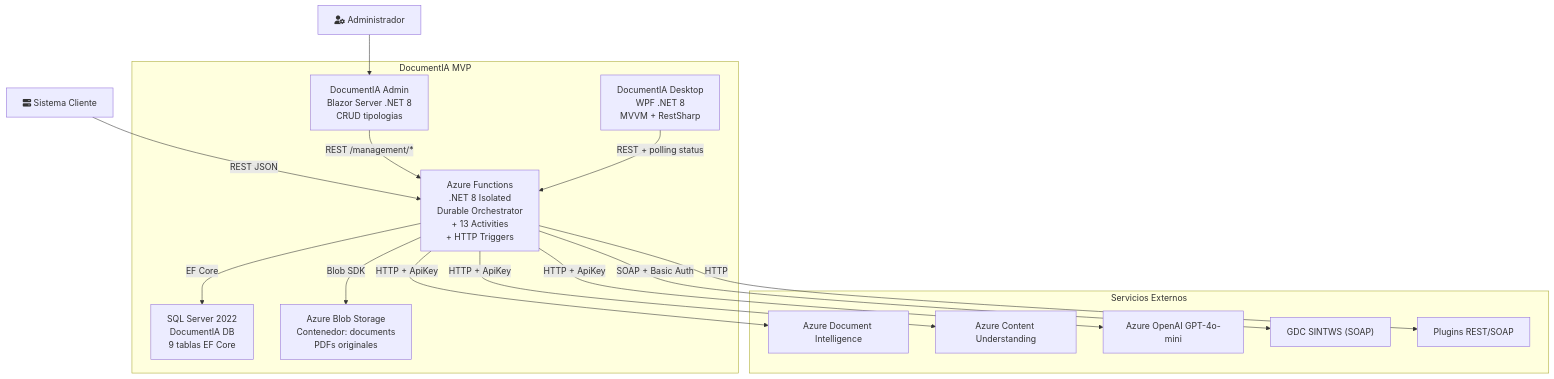
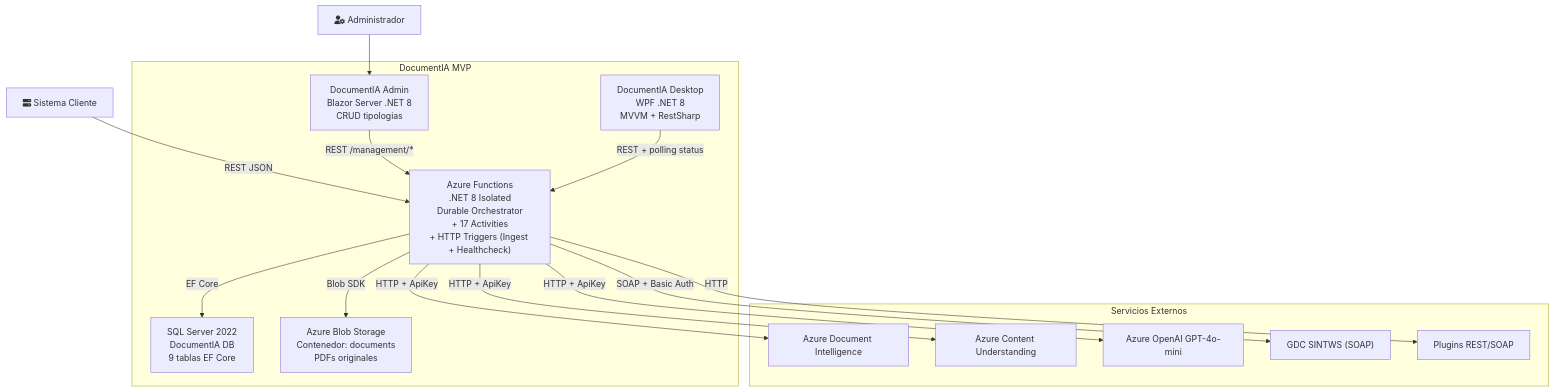
One commit to nvcrisologo02/AI-DocClassExt changed the sixth of 6 diagrams in docs/01_ARQUITECTURA_SISTEMA.md. Above: the diagram before and after it, drawn with Mermaid. The commit also changed other lines of this file and 3 other files, not shown here.

````diff
--- a/docs/01_ARQUITECTURA_SISTEMA.md
+++ b/docs/01_ARQUITECTURA_SISTEMA.md
@@ -411,34 +418,34 @@
 ```mermaid
 flowchart TB
     CLIENT["fa:fa-server Sistema Cliente"]
     ADMIN_USER["fa:fa-user-cog Administrador"]
 
     subgraph DocumentIA["DocumentIA MVP"]
-        FUNCAPP["Azure Functions<br/>.NET 8 Isolated<br/>Durable Orchestrator<br/>+ 13 Activities<br/>+ HTTP Triggers"]
+        FUNCAPP["Azure Functions<br/>.NET 8 Isolated<br/>Durable Orchestrator<br/>+ 17 Activities<br/>+ HTTP Triggers (Ingest + Healthcheck)"]
         SQLDB["SQL Server 2022<br/>DocumentIA DB<br/>9 tablas EF Core"]
         BLOBST["Azure Blob Storage<br/>Contenedor: documents<br/>PDFs originales"]
         DESKTOP_APP["DocumentIA Desktop<br/>WPF .NET 8<br/>MVVM + RestSharp"]
         ADMIN_APP["DocumentIA Admin<br/>Blazor Server .NET 8<br/>CRUD tipologias"]
     end
 
     subgraph External["Servicios Externos"]
         DI_SVC["Azure Document Intelligence"]
         CU_SVC["Azure Content Understanding"]
         OAI_SVC["Azure OpenAI GPT-4o-mini"]
         GDC_SVC["GDC SINTWS (SOAP)"]
         REST_PLUGINS["Plugins REST/SOAP"]
     end
 
     CLIENT -->|"REST JSON"| FUNCAPP
     ADMIN_USER --> ADMIN_APP
     ADMIN_APP -->|"REST /management/*"| FUNCAPP
     DESKTOP_APP -->|"REST + polling status"| FUNCAPP
 
     FUNCAPP -->|"EF Core"| SQLDB
     FUNCAPP -->|"Blob SDK"| BLOBST
     FUNCAPP -->|"HTTP + ApiKey"| DI_SVC
     FUNCAPP -->|"HTTP + ApiKey"| CU_SVC
     FUNCAPP -->|"HTTP + ApiKey"| OAI_SVC
     FUNCAPP -->|"SOAP + Basic Auth"| GDC_SVC
     FUNCAPP -->|"HTTP"| REST_PLUGINS
 ```
````
